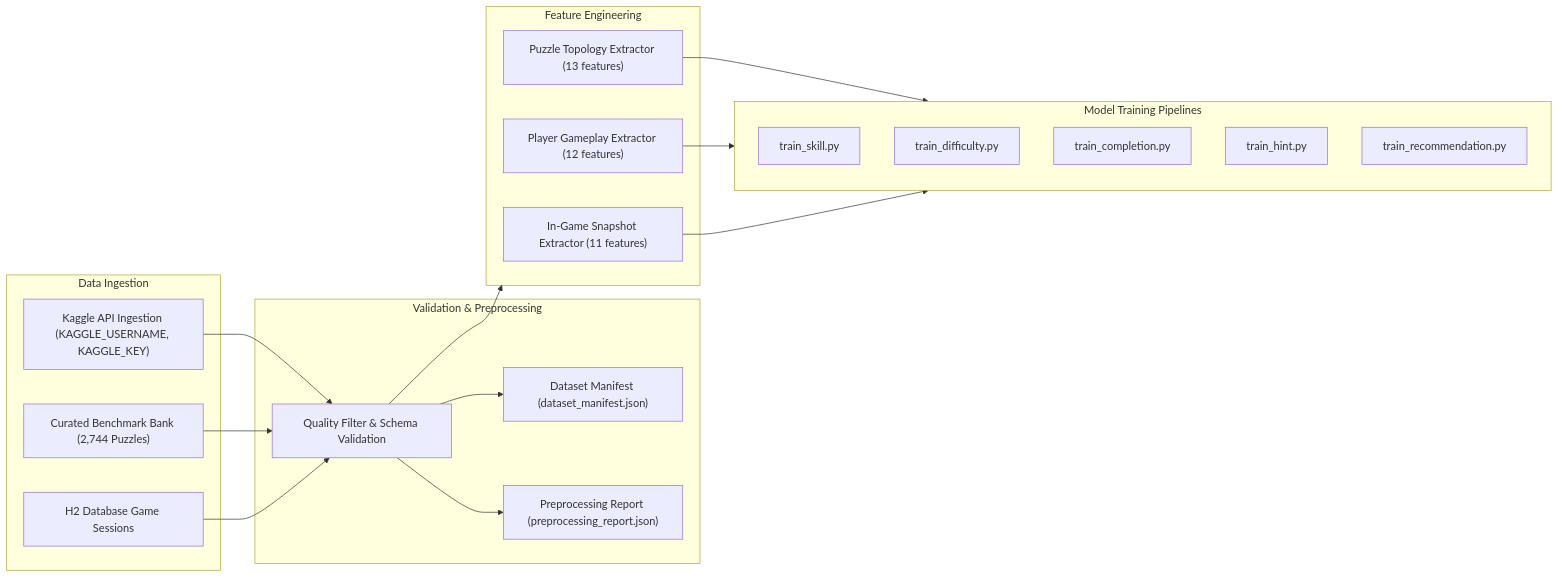
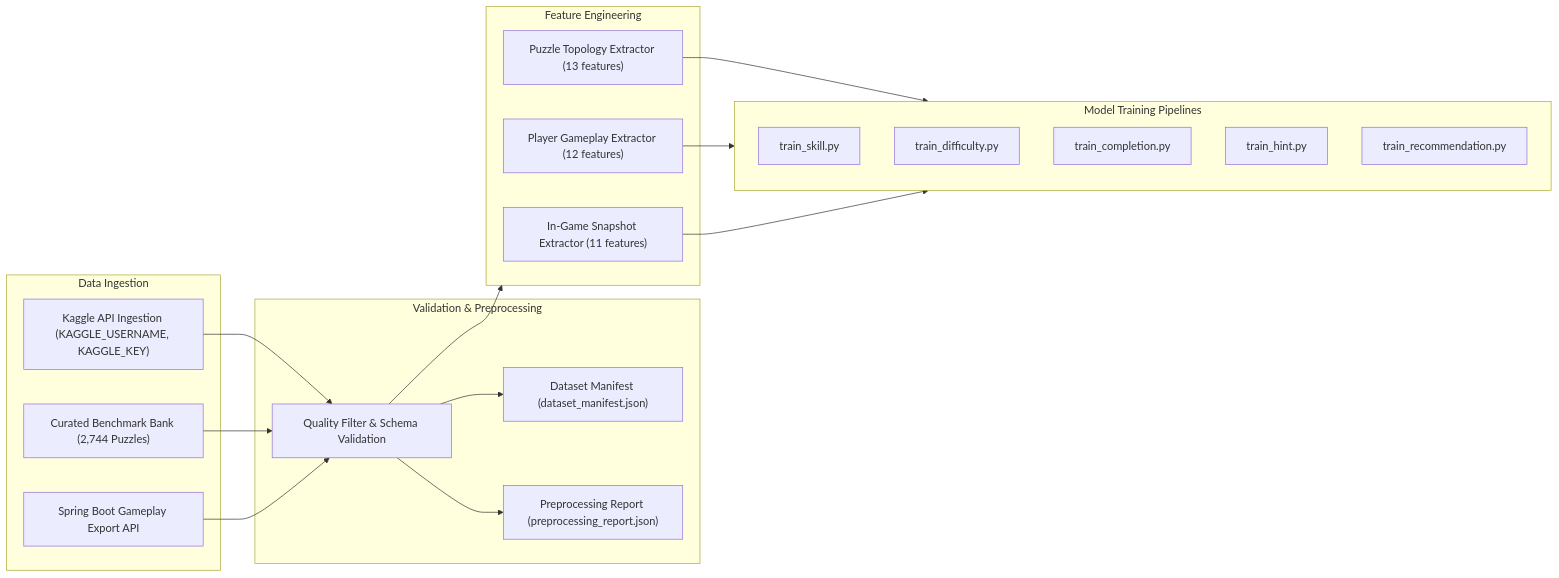
Before and after one commit to sowmiyacodes/java_sudoku: the diagram in docs/DATA_PIPELINE.md, drawn with Mermaid. The commit also changed other lines of this file and 54 other files, not shown here.

````diff
--- a/docs/DATA_PIPELINE.md
+++ b/docs/DATA_PIPELINE.md
@@ -7,38 +7,38 @@
 ```mermaid
 flowchart LR
     subgraph Ingestion["Data Ingestion"]
         Kaggle["Kaggle API Ingestion (KAGGLE_USERNAME, KAGGLE_KEY)"]
         Fallback["Curated Benchmark Bank (2,744 Puzzles)"]
-        H2Data["H2 Database Game Sessions"]
+        H2Data["Spring Boot Gameplay Export API"]
     end
 
     subgraph Preprocessing["Validation & Preprocessing"]
         Validator["Quality Filter & Schema Validation"]
         Manifest["Dataset Manifest (dataset_manifest.json)"]
         Report["Preprocessing Report (preprocessing_report.json)"]
     end
 
     subgraph FeatureEngineering["Feature Engineering"]
         PuzzleFeat["Puzzle Topology Extractor (13 features)"]
         PlayerFeat["Player Gameplay Extractor (12 features)"]
         SessionFeat["In-Game Snapshot Extractor (11 features)"]
     end
 
     subgraph ModelTraining["Model Training Pipelines"]
         TrainSkill["train_skill.py"]
         TrainDiff["train_difficulty.py"]
         TrainComp["train_completion.py"]
         TrainHint["train_hint.py"]
         TrainRec["train_recommendation.py"]
     end
 
     Kaggle --> Validator
     Fallback --> Validator
     H2Data --> Validator
     Validator --> Manifest
     Validator --> Report
     Validator --> FeatureEngineering
     PuzzleFeat --> ModelTraining
     PlayerFeat --> ModelTraining
     SessionFeat --> ModelTraining
 ```
````
